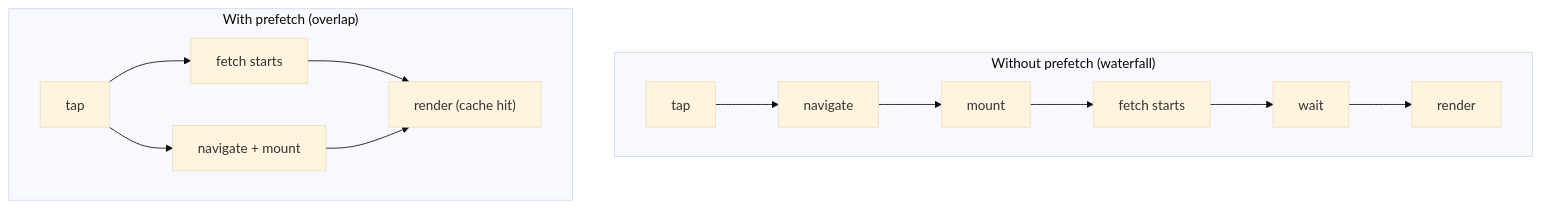
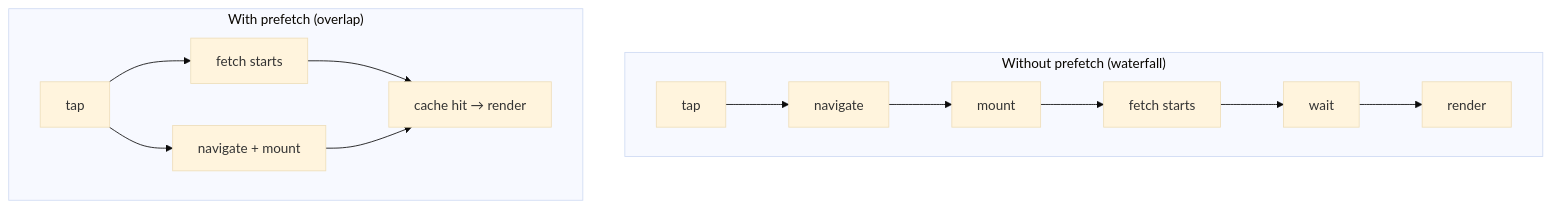
One commit to chuhaiphu/fetchwire changed the third of 3 diagrams in docs/architecture/PREFETCH-FLOW.md. Above: the diagram before and after it, drawn with Mermaid (base theme). The commit also changed other lines of this file and 14 other files, not shown here.

````diff
--- a/docs/architecture/PREFETCH-FLOW.md
+++ b/docs/architecture/PREFETCH-FLOW.md
@@ -72,12 +83,12 @@
 ```mermaid
 flowchart TB
     subgraph without["Without prefetch (waterfall)"]
         A1["tap"] --> A2["navigate"] --> A3["mount"] --> A4["fetch starts"] --> A5["wait"] --> A6["render"]
     end
     subgraph with["With prefetch (overlap)"]
         B1["tap"] --> B2["fetch starts"]
         B1 --> B3["navigate + mount"]
-        B2 --> B4["render (cache hit)"]
+        B2 --> B4["cache hit → render"]
         B3 --> B4
     end
 ```
````
